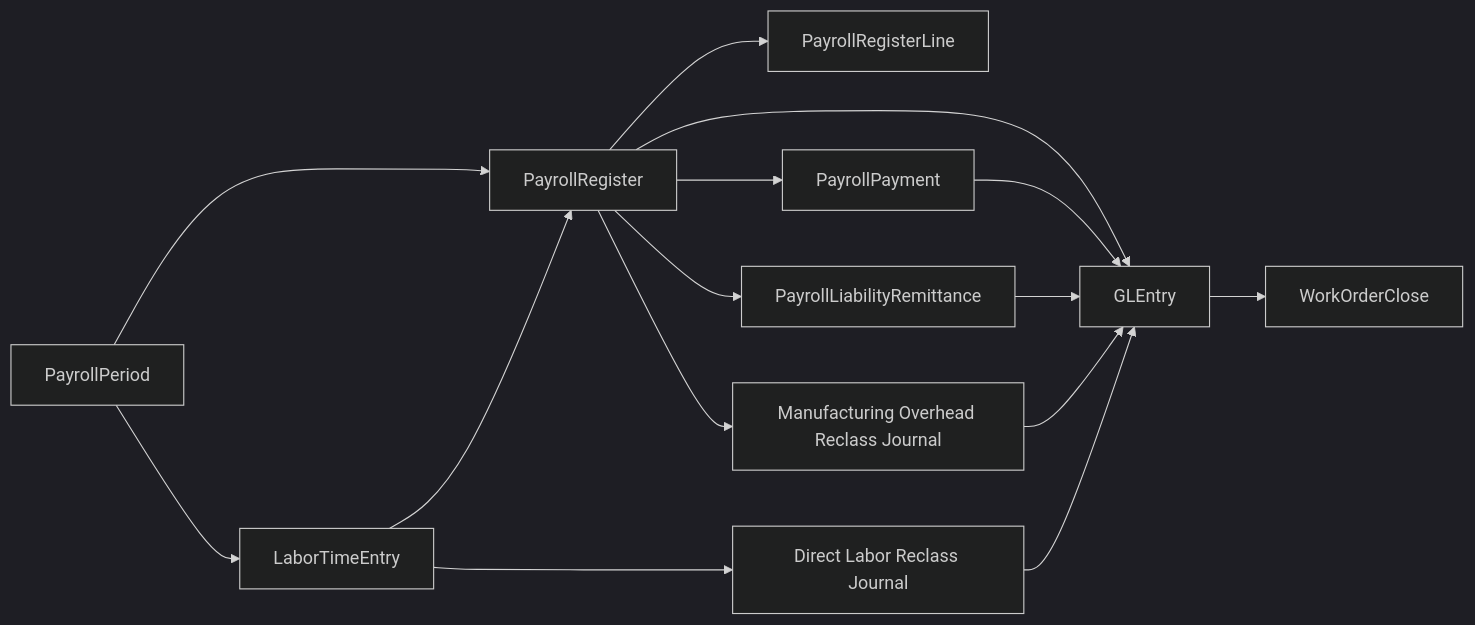
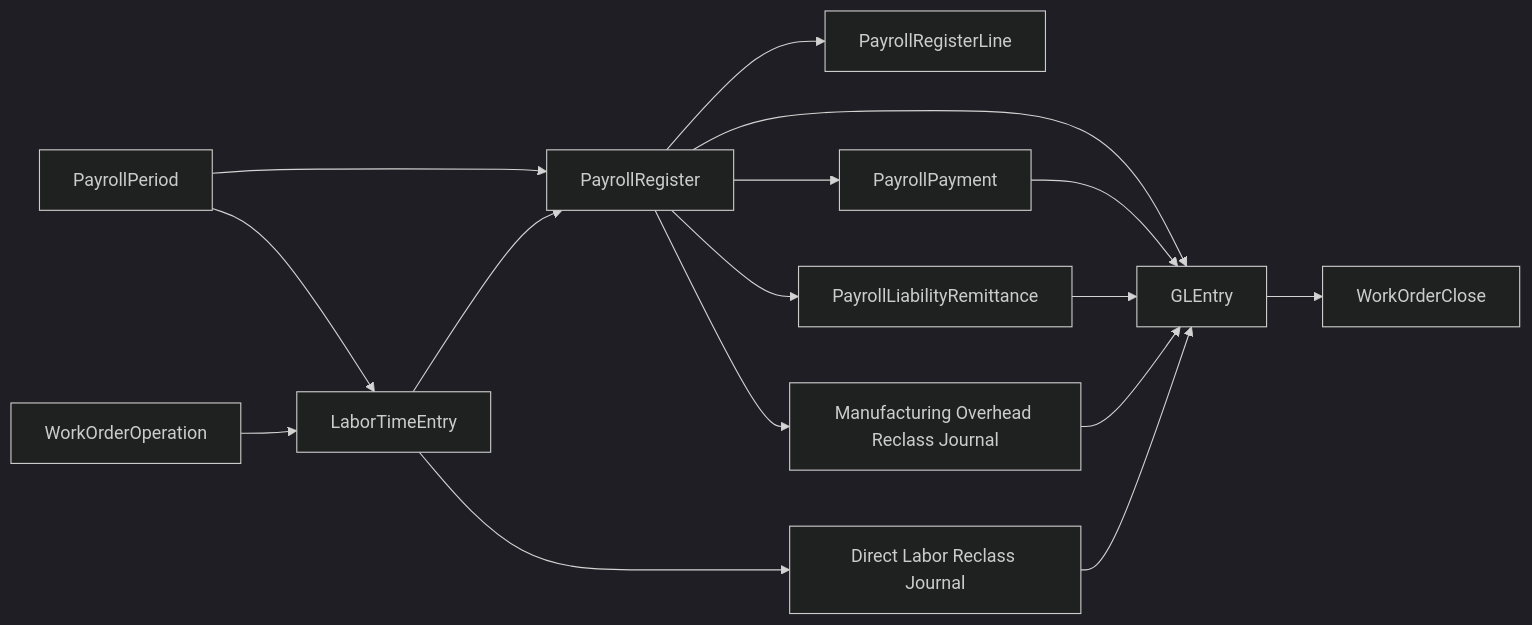
One commit to mmcodesso/greenfield_database changed the diagram in docs/processes/payroll.md. Above: the diagram before and after it, drawn with Mermaid (dark theme). The commit also changed other lines of this file and 30 other files, not shown here.

````diff
--- a/docs/processes/payroll.md
+++ b/docs/processes/payroll.md
@@ -33,28 +33,30 @@
 ```mermaid
 flowchart LR
     PP[PayrollPeriod]
     LTE[LaborTimeEntry]
+    WOO[WorkOrderOperation]
     PR[PayrollRegister]
     PL[PayrollRegisterLine]
     PAY[PayrollPayment]
     REM[PayrollLiabilityRemittance]
     DR[Direct Labor Reclass Journal]
     OH[Manufacturing Overhead Reclass Journal]
     GL[GLEntry]
     WO[WorkOrderClose]
 
     PP --> LTE
+    WOO --> LTE
     PP --> PR
     LTE --> PR
     PR --> PL
     PR --> PAY
     PR --> REM
     LTE --> DR
     PR --> OH
     PR --> GL
     PAY --> GL
     REM --> GL
     OH --> GL
     DR --> GL
     GL --> WO
 ```
````
